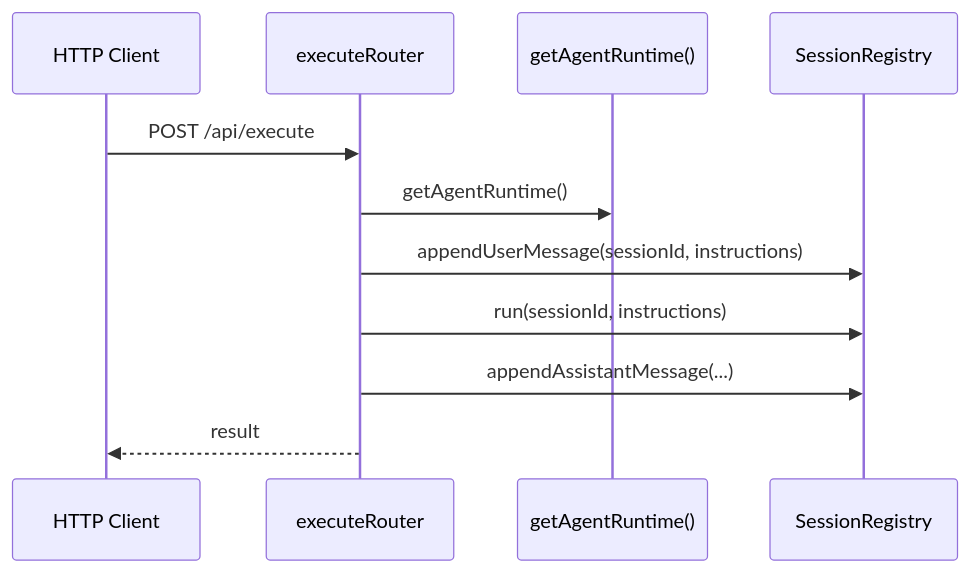
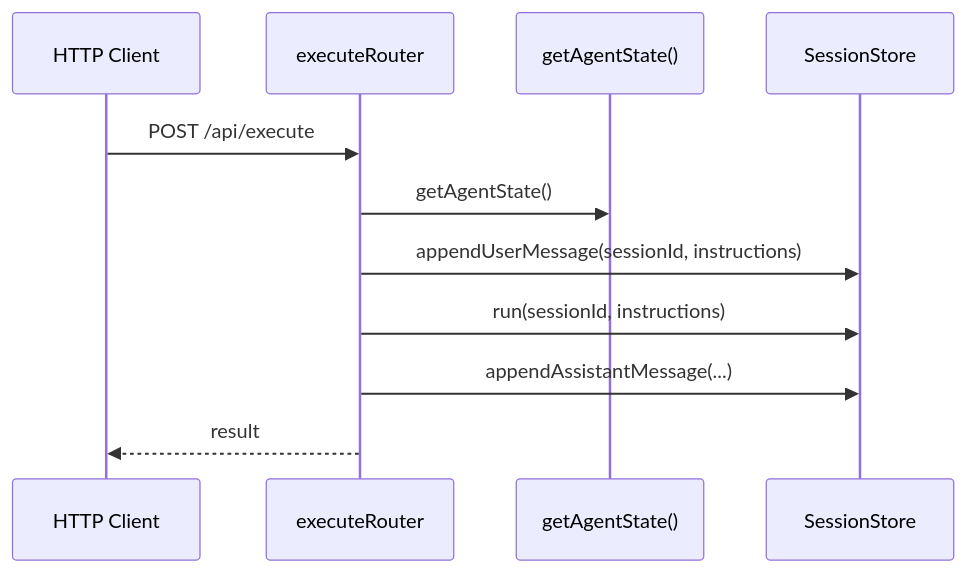
The seventh of 7 diagrams in devdocs/startup-and-api-flow.md (wangenius/downcity), drawn with Mermaid before and after one commit. The commit also changed other lines of this file and 168 other files, not shown here.

````diff
--- a/devdocs/startup-and-api-flow.md
+++ b/devdocs/startup-and-api-flow.md
@@ -271,14 +273,14 @@
 ```mermaid
 sequenceDiagram
   participant Client as HTTP Client
   participant Route as executeRouter
-  participant Agent as getAgentRuntime()
-  participant Registry as SessionRegistry
+  participant Agent as getAgentState()
+  participant Registry as SessionStore
 
   Client->>Route: POST /api/execute
-  Route->>Agent: getAgentRuntime()
+  Route->>Agent: getAgentState()
   Route->>Registry: appendUserMessage(sessionId, instructions)
   Route->>Registry: run(sessionId, instructions)
   Route->>Registry: appendAssistantMessage(...)
   Route-->>Client: result
 ```
````
